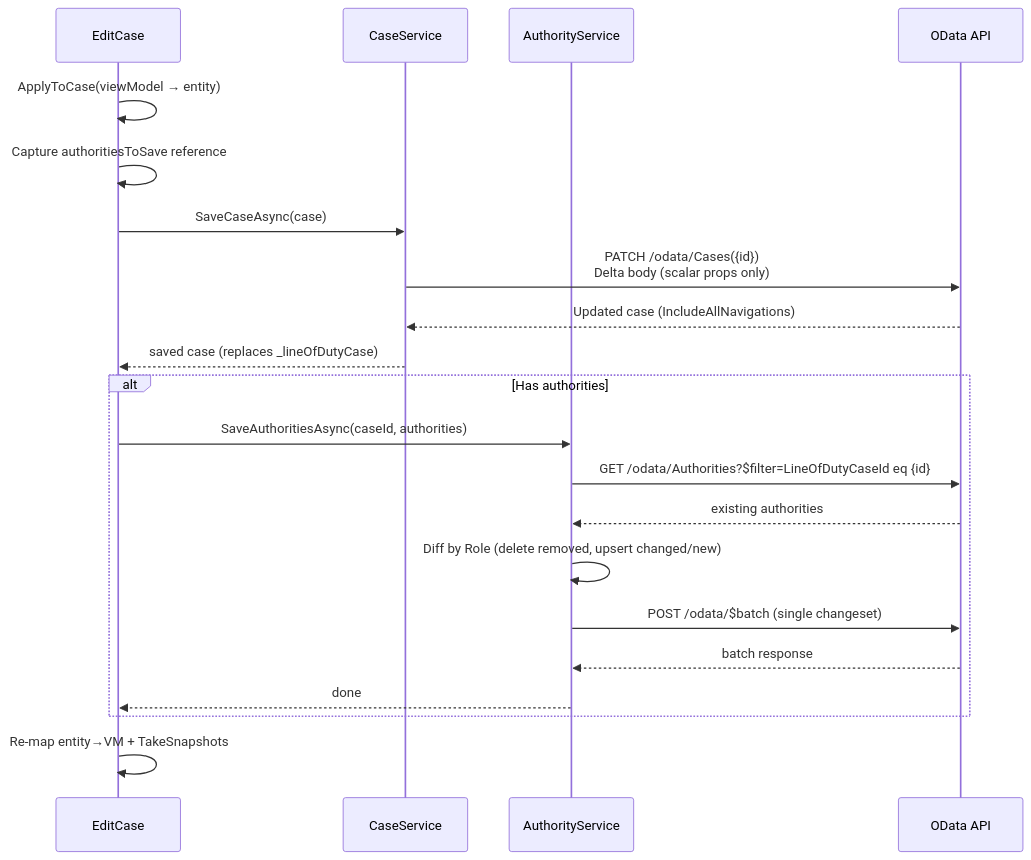
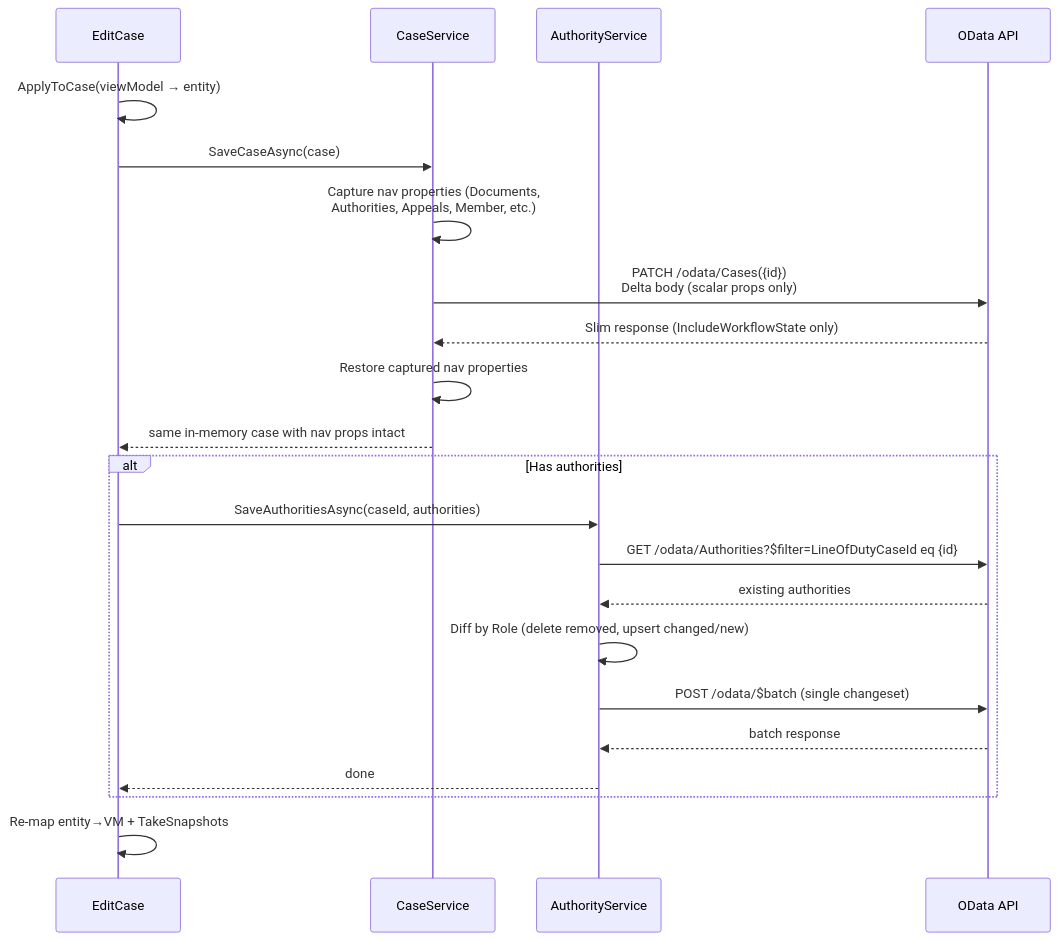
Before and after one commit to donellmccoy/FormValidationExperiments: the second of 4 diagrams in docs/call-sequence-analysis.md, drawn with Mermaid. The commit also changed other lines of this file and 9 other files, not shown here.

First line of the commit message:
Implement plans for OData concerns #2, #3, and #4; embed bookmark status in case response; reduce IncludeAllNavigations overhead

````diff
--- a/docs/call-sequence-analysis.md
+++ b/docs/call-sequence-analysis.md
@@ -45,27 +57,28 @@
 ```mermaid
 sequenceDiagram
     participant UI as EditCase
     participant CS as CaseService
     participant AS as AuthorityService
     participant API as OData API
 
     UI->>UI: ApplyToCase(viewModel → entity)
-    UI->>UI: Capture authoritiesToSave reference
 
     UI->>CS: SaveCaseAsync(case)
+    CS->>CS: Capture nav properties (Documents,<br/>Authorities, Appeals, Member, etc.)
     CS->>API: PATCH /odata/Cases({id})<br/>Delta body (scalar props only)
-    API-->>CS: Updated case (IncludeAllNavigations)
-    CS-->>UI: saved case (replaces _lineOfDutyCase)
+    API-->>CS: Slim response (IncludeWorkflowState only)
+    CS->>CS: Restore captured nav properties
+    CS-->>UI: same in-memory case with nav props intact
 
     alt Has authorities
         UI->>AS: SaveAuthoritiesAsync(caseId, authorities)
         AS->>API: GET /odata/Authorities?$filter=LineOfDutyCaseId eq {id}
         API-->>AS: existing authorities
         AS->>AS: Diff by Role (delete removed, upsert changed/new)
         AS->>API: POST /odata/$batch (single changeset)
         API-->>AS: batch response
         AS-->>UI: done
     end
 
     UI->>UI: Re-map entity→VM + TakeSnapshots
 ```
````
